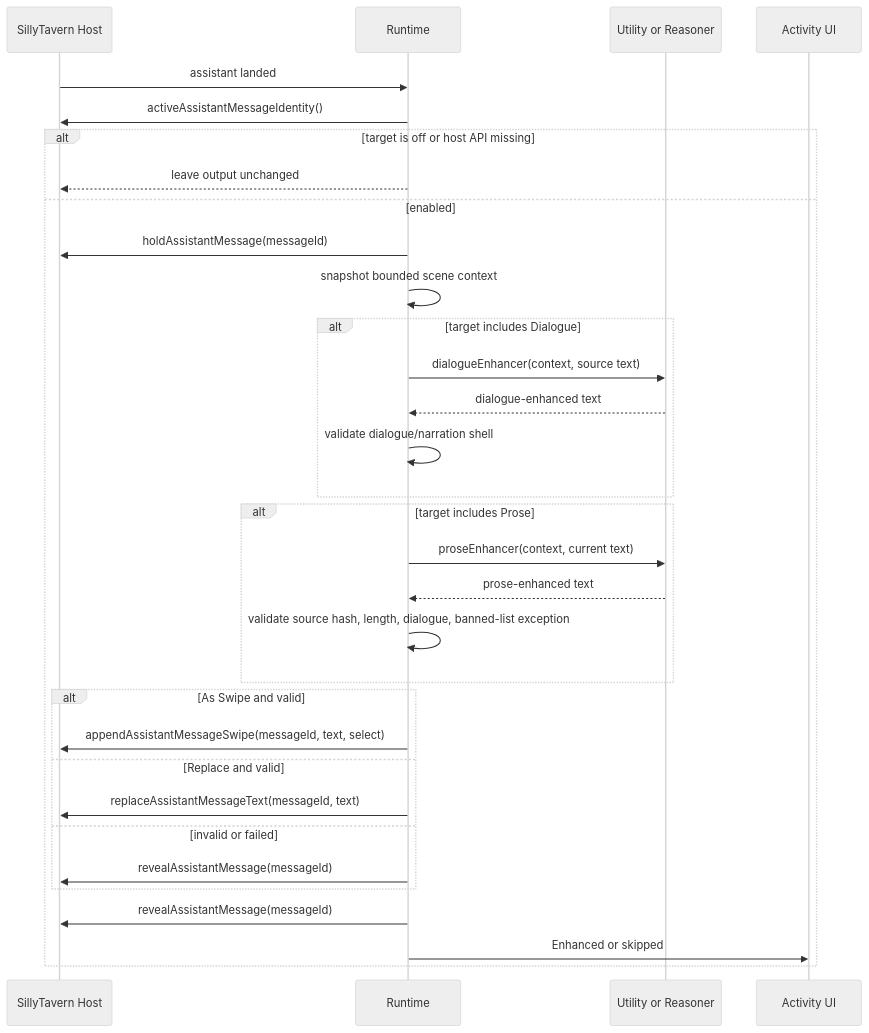
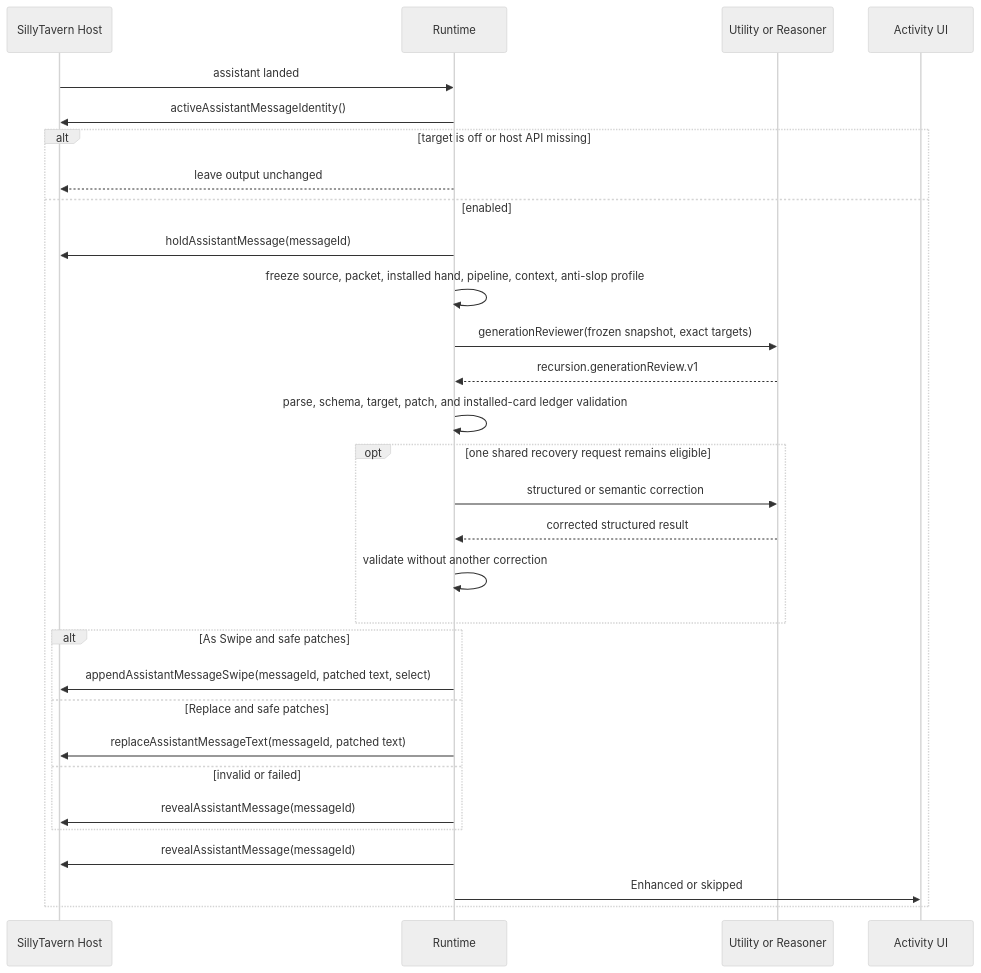
One commit to MentallyQuill/Recursion changed the third of 5 diagrams in docs/technical/RUNTIME_TURN_SEQUENCE.md. Above: the diagram before and after it, drawn with Mermaid (neutral theme). The commit also changed other lines of this file and 49 other files, not shown here.

````diff
--- a/docs/technical/RUNTIME_TURN_SEQUENCE.md
+++ b/docs/technical/RUNTIME_TURN_SEQUENCE.md
@@ -106,35 +106,33 @@
 ```mermaid
 sequenceDiagram
     participant Host as SillyTavern Host
     participant Runtime as Runtime
     participant EnhancementLane as Utility or Reasoner
     participant UI as Activity UI
 
     Host->>Runtime: assistant landed
     Runtime->>Host: activeAssistantMessageIdentity()
     alt target is off or host API missing
         Runtime-->>Host: leave output unchanged
     else enabled
         Runtime->>Host: holdAssistantMessage(messageId)
-        Runtime->>Runtime: snapshot bounded scene context
-        alt target includes Dialogue
-            Runtime->>EnhancementLane: dialogueEnhancer(context, source text)
-            EnhancementLane-->>Runtime: dialogue-enhanced text
-            Runtime->>Runtime: validate dialogue/narration shell
+        Runtime->>Runtime: freeze source, packet, installed hand, pipeline, context, anti-slop profile
+        Runtime->>EnhancementLane: generationReviewer(frozen snapshot, exact targets)
+        EnhancementLane-->>Runtime: recursion.generationReview.v1
+        Runtime->>Runtime: parse, schema, target, patch, and installed-card ledger validation
+        opt one shared recovery request remains eligible
+            Runtime->>EnhancementLane: structured or semantic correction
+            EnhancementLane-->>Runtime: corrected structured result
+            Runtime->>Runtime: validate without another correction
         end
-        alt target includes Prose
-            Runtime->>EnhancementLane: proseEnhancer(context, current text)
-            EnhancementLane-->>Runtime: prose-enhanced text
-            Runtime->>Runtime: validate source hash, length, dialogue, banned-list exception
-        end
-        alt As Swipe and valid
-            Runtime->>Host: appendAssistantMessageSwipe(messageId, text, select)
-        else Replace and valid
-            Runtime->>Host: replaceAssistantMessageText(messageId, text)
+        alt As Swipe and safe patches
+            Runtime->>Host: appendAssistantMessageSwipe(messageId, patched text, select)
+        else Replace and safe patches
+            Runtime->>Host: replaceAssistantMessageText(messageId, patched text)
         else invalid or failed
             Runtime->>Host: revealAssistantMessage(messageId)
         end
         Runtime->>Host: revealAssistantMessage(messageId)
         Runtime->>UI: Enhanced or skipped
     end
 ```
````
